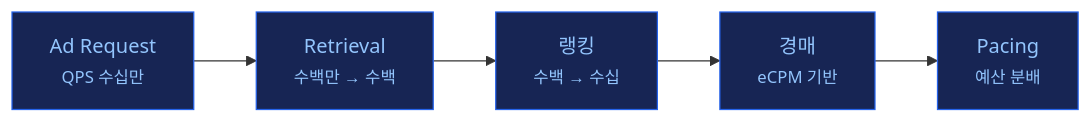
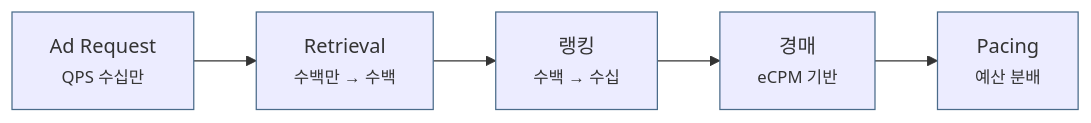
The second of 4 diagrams in posts/adtech-dev-layers.md (chkimsu/adtech-blog), drawn with Mermaid before and after one commit. The commit also changed other lines of this file and 40 other files, not shown here.

````diff
--- a/posts/adtech-dev-layers.md
+++ b/posts/adtech-dev-layers.md
@@ -85,13 +85,13 @@
 ```mermaid
 graph LR
     A["Ad Request<br/><small>QPS 수십만</small>"] --> B["Retrieval<br/><small>수백만 → 수백</small>"]
     B --> C["랭킹<br/><small>수백 → 수십</small>"]
     C --> D["경매<br/><small>eCPM 기반</small>"]
     D --> E["Pacing<br/><small>예산 분배</small>"]
 
-    style A fill:#172554,stroke:#2563eb,color:#93c5fd
-    style B fill:#172554,stroke:#2563eb,color:#93c5fd
-    style C fill:#172554,stroke:#2563eb,color:#93c5fd
-    style D fill:#172554,stroke:#2563eb,color:#93c5fd
-    style E fill:#172554,stroke:#2563eb,color:#93c5fd
+    style A stroke:#4a6b8a
+    style B stroke:#4a6b8a
+    style C stroke:#4a6b8a
+    style D stroke:#4a6b8a
+    style E stroke:#4a6b8a
 ```
````
